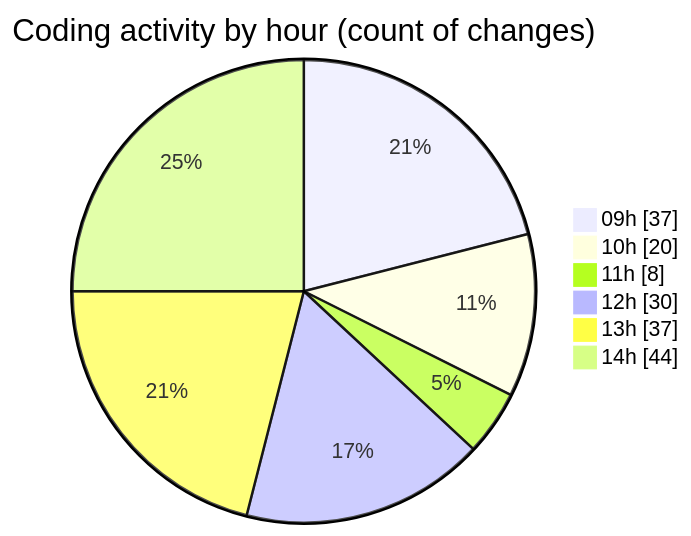
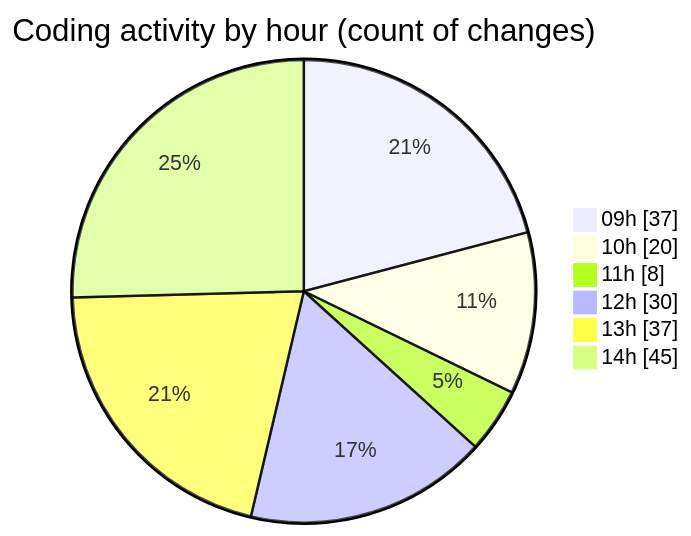
Before and after one commit to momahboobian/code-tracking: the second of 2 diagrams in 2026-05-08/cda/README.md, drawn with Mermaid. The commit also changed other lines of this file and 1 other file, not shown here.

````diff
--- a/2026-05-08/cda/README.md
+++ b/2026-05-08/cda/README.md
@@ -56,10 +56,10 @@
 ```mermaid
 pie showData
 title Coding activity by hour (count of changes)
 "09h" : 37
 "10h" : 20
 "11h" : 8
 "12h" : 30
 "13h" : 37
-"14h" : 44
+"14h" : 45
 ```
````
